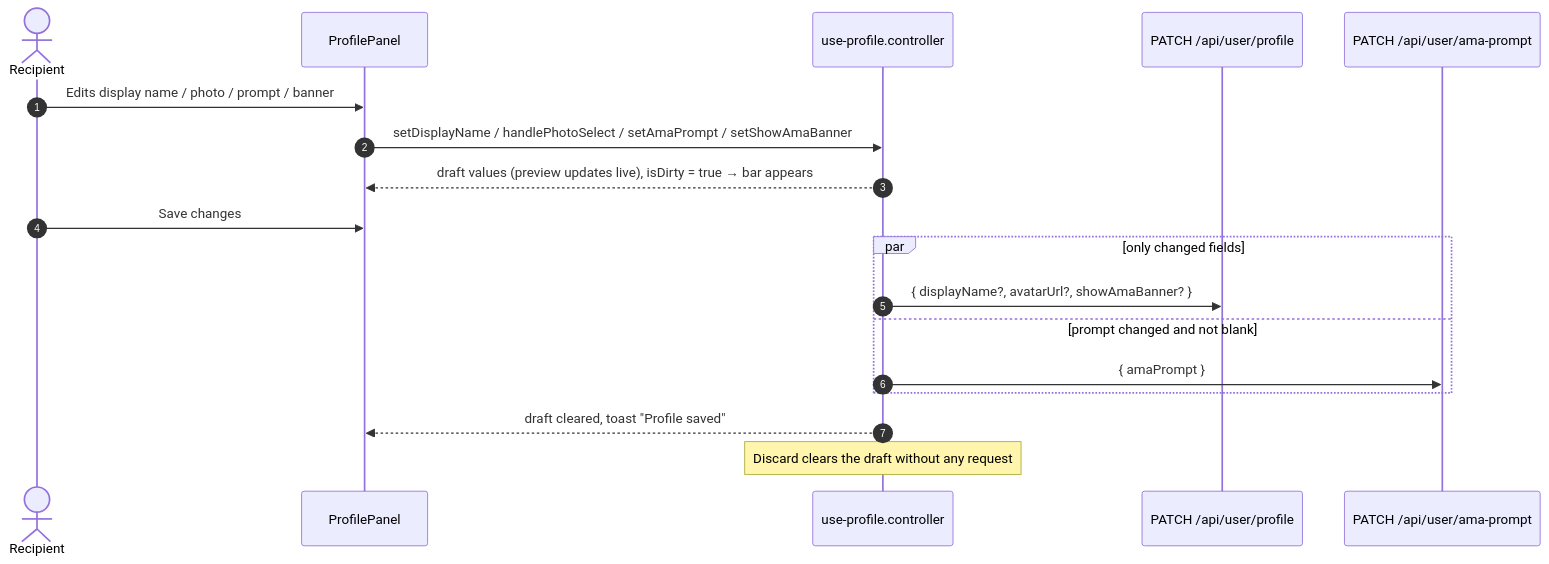
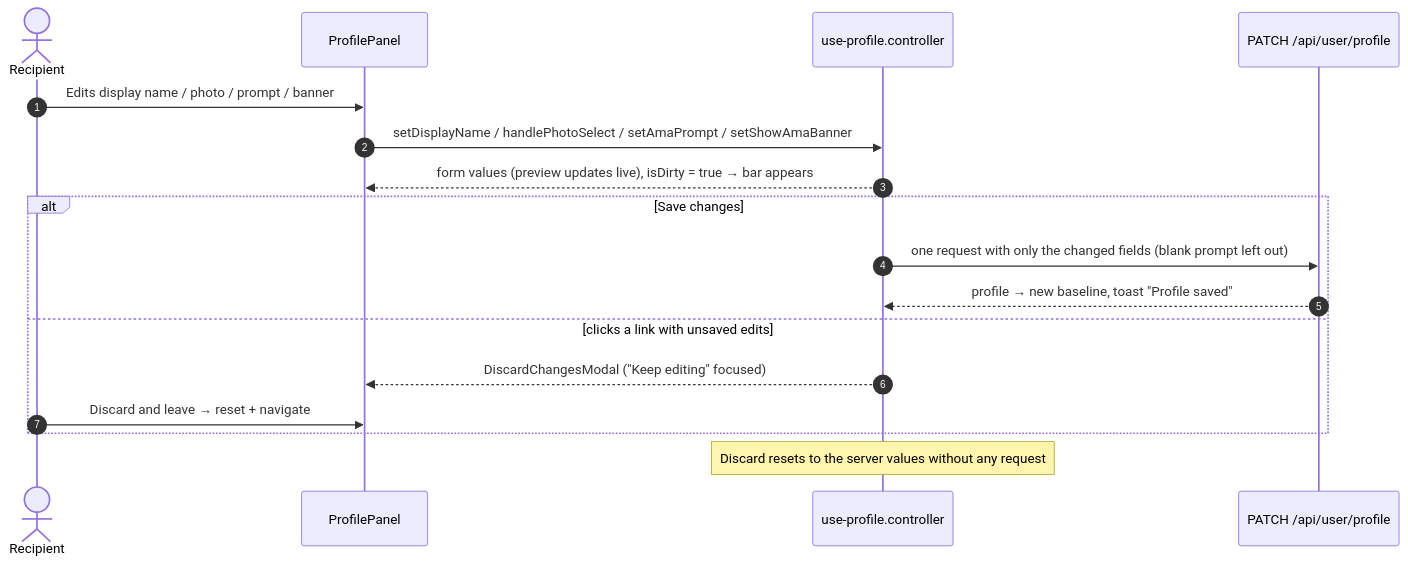
The fourth of 5 diagrams in docs/14-ui-screens-and-user-flows.md (Abbas4tech/GhostMsg), drawn with Mermaid before and after one commit. The commit also changed other lines of this file and 109 other files, not shown here.

Commit message:
feat: implement core backend API, type-safe client controllers, and frontend dashboard architecture

````diff
--- a/docs/14-ui-screens-and-user-flows.md
+++ b/docs/14-ui-screens-and-user-flows.md
@@ -145,21 +146,20 @@
 ```mermaid
 sequenceDiagram
     autonumber
     actor R as Recipient
     participant UI as ProfilePanel
     participant C as use-profile.controller
     participant P as PATCH /api/user/profile
-    participant A as PATCH /api/user/ama-prompt
 
     R->>UI: Edits display name / photo / prompt / banner
     UI->>C: setDisplayName / handlePhotoSelect / setAmaPrompt / setShowAmaBanner
-    C-->>UI: draft values (preview updates live), isDirty = true → bar appears
-    R->>UI: Save changes
-    par only changed fields
-        C->>P: { displayName?, avatarUrl?, showAmaBanner? }
-    and prompt changed and not blank
-        C->>A: { amaPrompt }
+    C-->>UI: form values (preview updates live), isDirty = true → bar appears
+    alt Save changes
+        C->>P: one request with only the changed fields (blank prompt left out)
+        P-->>C: profile → new baseline, toast "Profile saved"
+    else clicks a link with unsaved edits
+        C-->>UI: DiscardChangesModal ("Keep editing" focused)
+        R->>UI: Discard and leave → reset + navigate
     end
-    C-->>UI: draft cleared, toast "Profile saved"
-    Note over C: Discard clears the draft without any request
+    Note over C: Discard resets to the server values without any request
 ```
````
